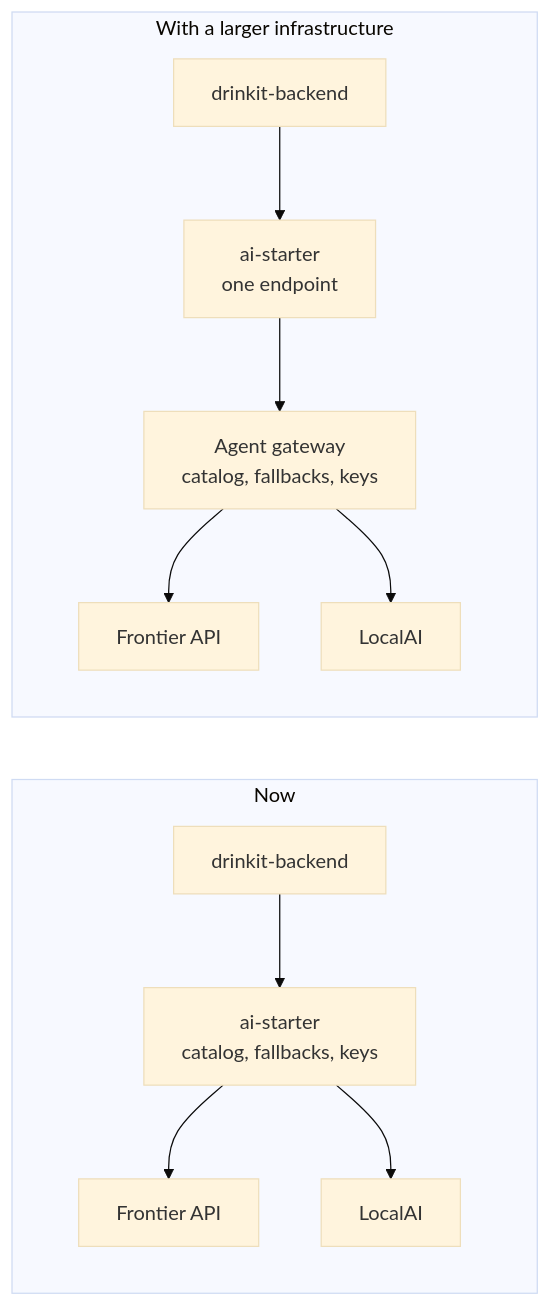
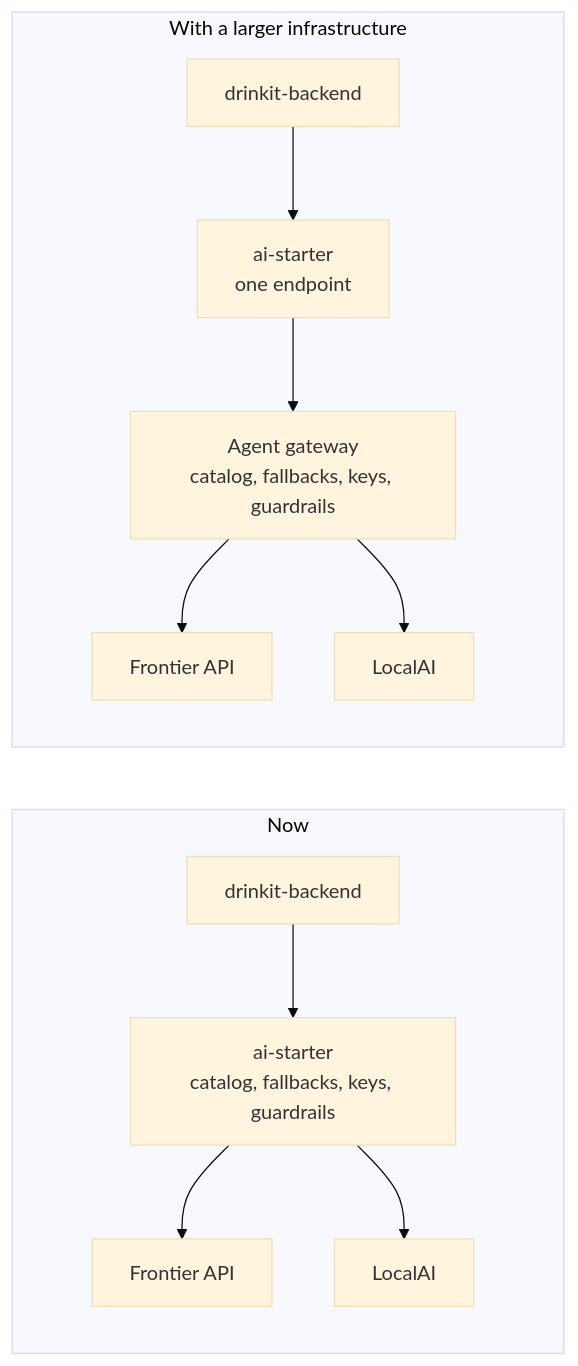
Before and after one commit to mboisnard/drinkit: the diagram in docs/src/engineering/adr/0021-serve-ai-models-outside-the-application-and-reach-them-through-ai-starter.md, drawn with Mermaid (base theme). The commit also changed other lines of this file and 4 other files, not shown here.

````diff
--- a/docs/src/engineering/adr/0021-serve-ai-models-outside-the-application-and-reach-them-through-ai-starter.md
+++ b/docs/src/engineering/adr/0021-serve-ai-models-outside-the-application-and-reach-them-through-ai-starter.md
@@ -70,14 +80,14 @@
 ```mermaid
 flowchart LR
     subgraph now["Now"]
-        A1["drinkit-backend"] --> S1["ai-starter<br/>catalog, fallbacks, keys"]
+        A1["drinkit-backend"] --> S1["ai-starter<br/>catalog, fallbacks, keys, guardrails"]
         S1 --> F1["Frontier API"]
         S1 --> L1["LocalAI"]
     end
     subgraph later["With a larger infrastructure"]
         A2["drinkit-backend"] --> S2["ai-starter<br/>one endpoint"]
-        S2 --> G["Agent gateway<br/>catalog, fallbacks, keys"]
+        S2 --> G["Agent gateway<br/>catalog, fallbacks, keys, guardrails"]
         G --> F2["Frontier API"]
         G --> L2["LocalAI"]
     end
 ```
````
